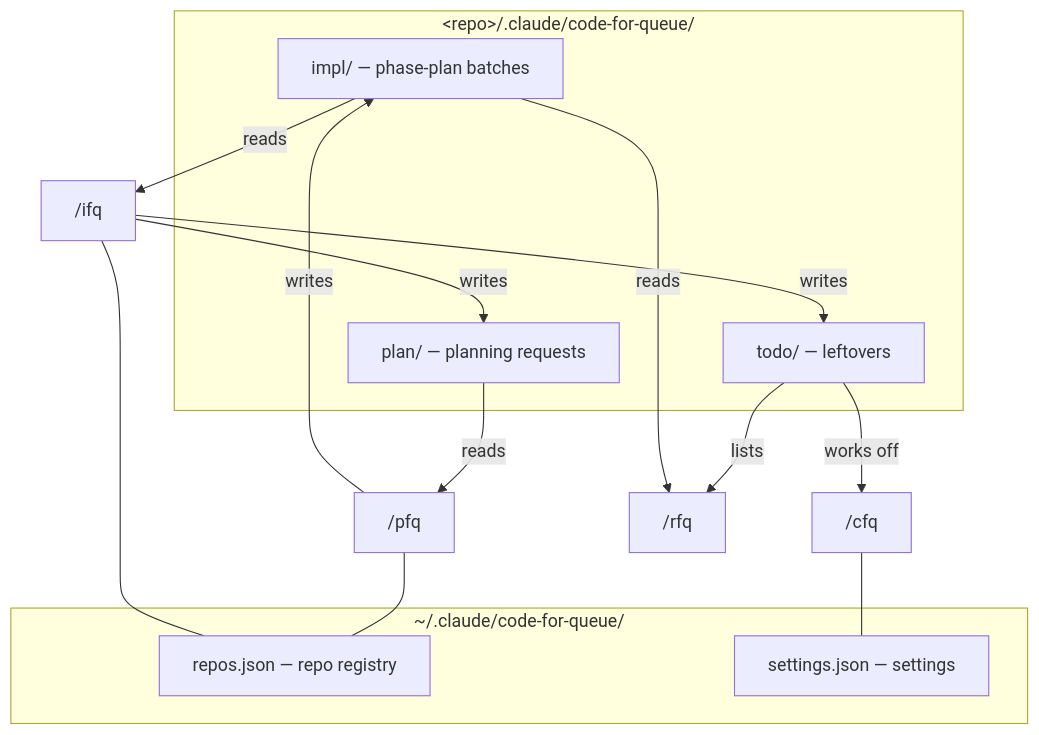
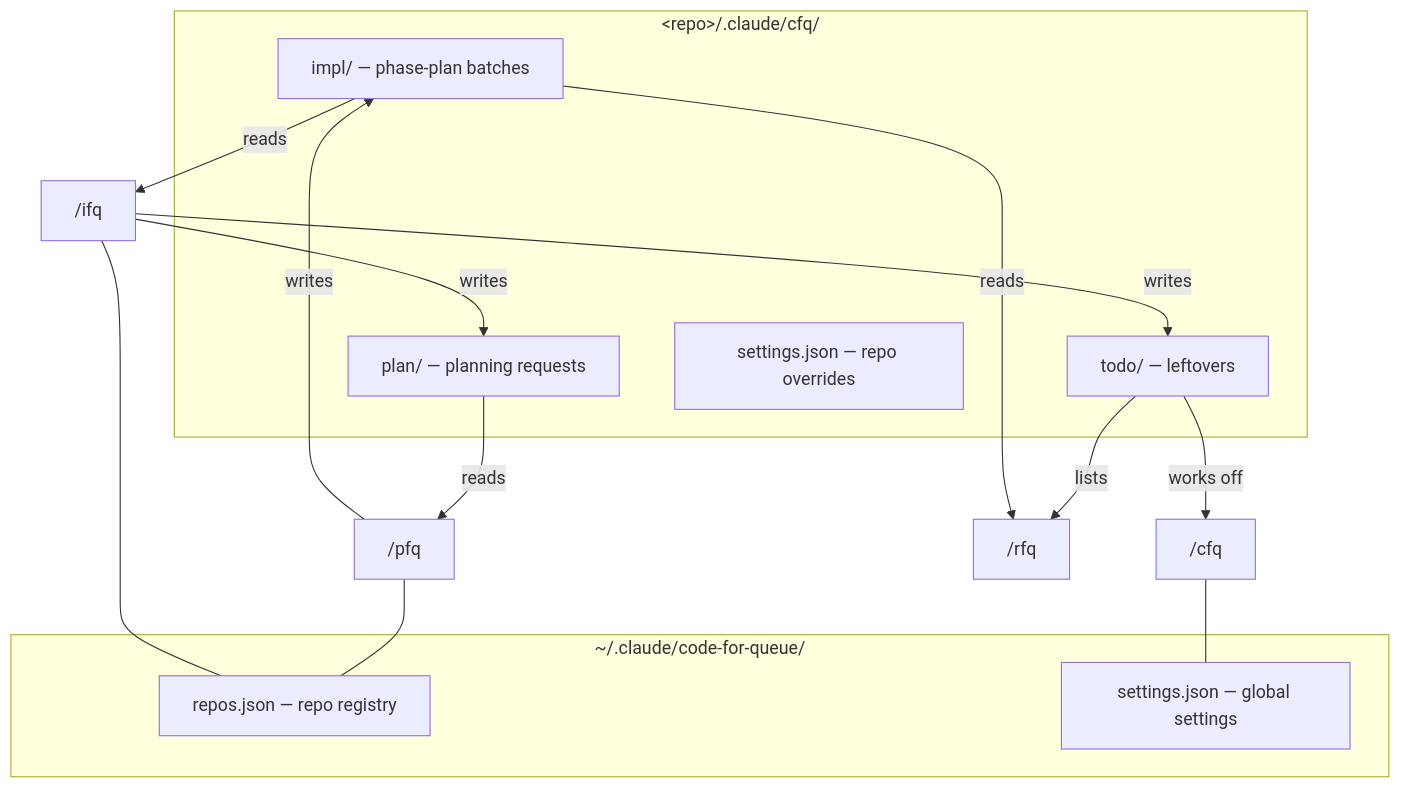
One commit to gumbaldi/magicbox changed the third of 4 diagrams in claude/plugins/cfq/README.md. Above: the diagram before and after it, drawn with Mermaid. The commit also changed other lines of this file and 10 other files, not shown here.

First line of the commit message:
Document the four-tier settings precedence and new runtime/layout/doctor scripts; add a regression guard against duplicated schema defaults

````diff
--- a/claude/plugins/cfq/README.md
+++ b/claude/plugins/cfq/README.md
@@ -129,23 +143,24 @@
 ```mermaid
 flowchart TB
-  subgraph repo["&lt;repo&gt;/.claude/code-for-queue/"]
+  subgraph repo["&lt;repo&gt;/.claude/cfq/"]
     impl["impl/ — phase-plan batches"]
     plan["plan/ — planning requests"]
     todo["todo/ — leftovers"]
+    rset["settings.json — repo overrides"]
   end
   subgraph home["~/.claude/code-for-queue/"]
     reg["repos.json — repo registry"]
-    set["settings.json — settings"]
+    set["settings.json — global settings"]
   end
   pfq["/pfq"] -->|writes| impl
   plan -->|reads| pfq
   impl -->|reads| ifq["/ifq"]
   ifq -->|writes| plan
   ifq -->|writes| todo
   todo -->|works off| cfq["/cfq"]
   todo -->|lists| rfq["/rfq"]
   impl -->|reads| rfq
   pfq --- reg
   ifq --- reg
   cfq --- set
 ```
````
